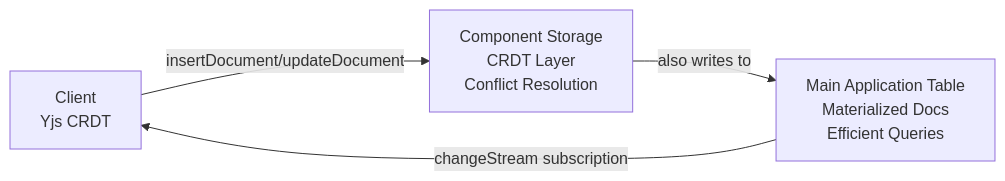
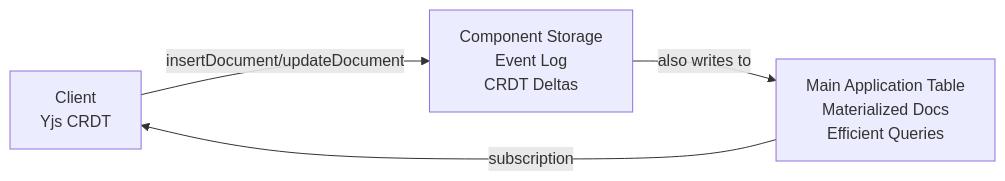
One commit to trestleinc/convex-replicate changed the second of 2 diagrams in README.md. Above: the diagram before and after it, drawn with Mermaid. The commit also changed other lines of this file and 6 other files, not shown here.

First line of the commit message:
docs: complete rewrite of CLAUDE.md and README.md to fix critical architecture misrepresentations

````diff
--- a/README.md
+++ b/README.md
@@ -78,10 +56,10 @@
 ```mermaid
 graph LR
     Client[Client<br/>Yjs CRDT]
-    Component[Component Storage<br/>CRDT Layer<br/>Conflict Resolution]
+    Component[Component Storage<br/>Event Log<br/>CRDT Deltas]
     MainTable[Main Application Table<br/>Materialized Docs<br/>Efficient Queries]
 
     Client -->|insertDocument/updateDocument| Component
     Component -->|also writes to| MainTable
-    MainTable -->|changeStream subscription| Client
+    MainTable -->|subscription| Client
 ```
````
